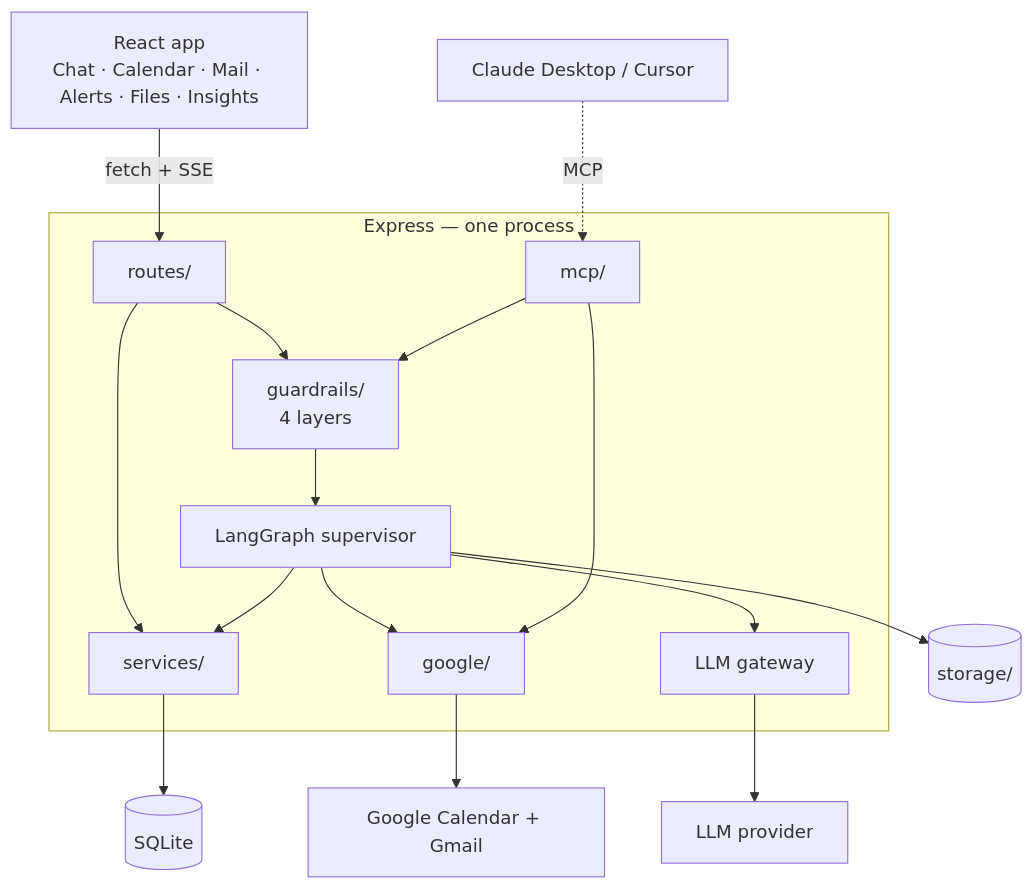
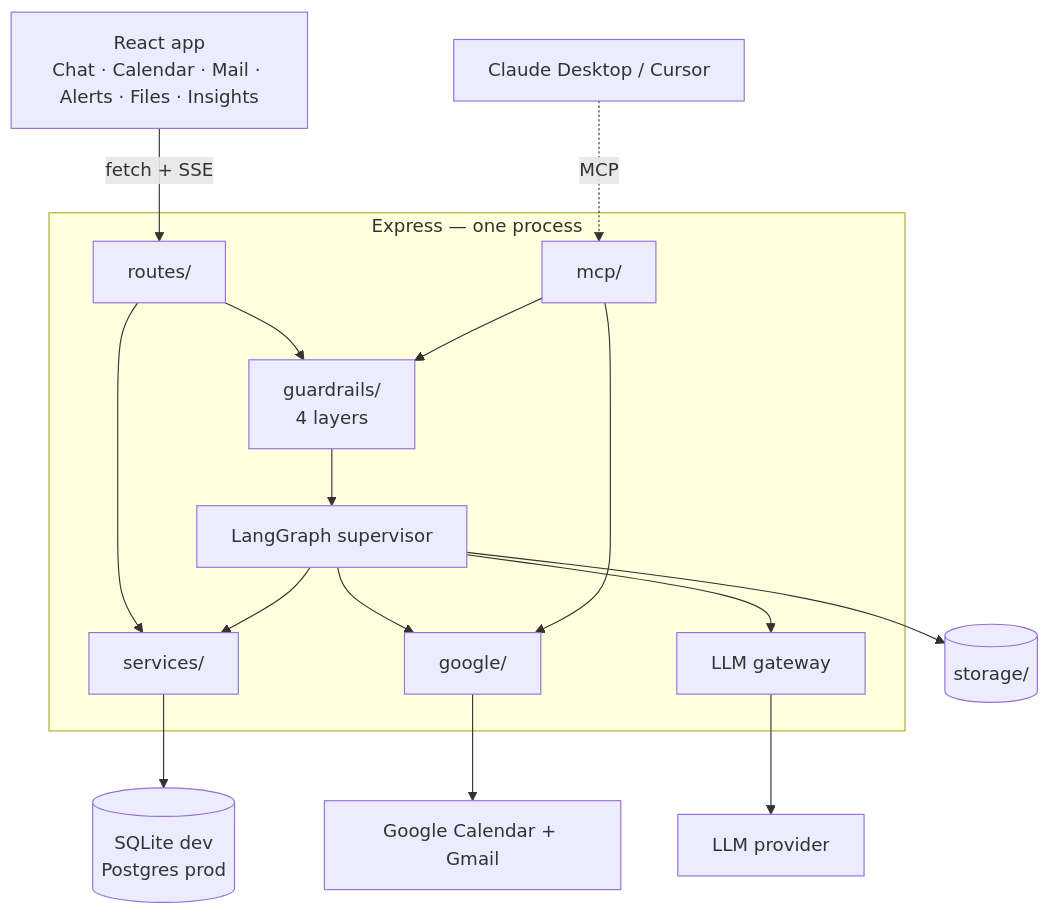
Before and after one commit to X-Rachit-X/AI_Secretary: the diagram in README.md, drawn with Mermaid. The commit also changed other lines of this file and 48 other files, not shown here.

````diff
--- a/README.md
+++ b/README.md
@@ -102,35 +102,35 @@
 ```mermaid
 graph TB
     UI["React app<br/>Chat · Calendar · Mail · Alerts · Files · Insights"]
 
     subgraph API["Express — one process"]
         ROUTES["routes/"]
         GUARD["guardrails/<br/>4 layers"]
         GRAPH["LangGraph supervisor"]
         GW["LLM gateway"]
         SVC["services/"]
         GOOGLE["google/"]
         MCP["mcp/"]
     end
 
-    DB[("SQLite")]
+    DB[("SQLite dev<br/>Postgres prod")]
     FILES[("storage/")]
     LLM["LLM provider"]
     GAPI["Google Calendar + Gmail"]
 
     UI -->|"fetch + SSE"| ROUTES
     ROUTES --> GUARD
     GUARD --> GRAPH
     ROUTES --> SVC
     GRAPH --> SVC
     GRAPH --> GOOGLE
     GRAPH --> GW
     GW --> LLM
     GRAPH --> FILES
     MCP --> GUARD
     MCP --> GOOGLE
     GOOGLE --> GAPI
     SVC --> DB
 
     HOST["Claude Desktop / Cursor"] -.->|"MCP"| MCP
 ```
````
